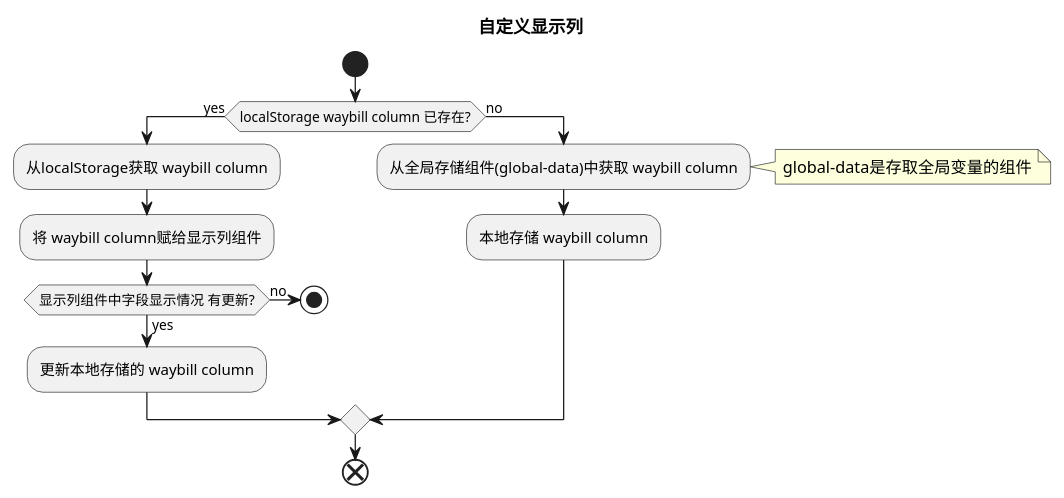
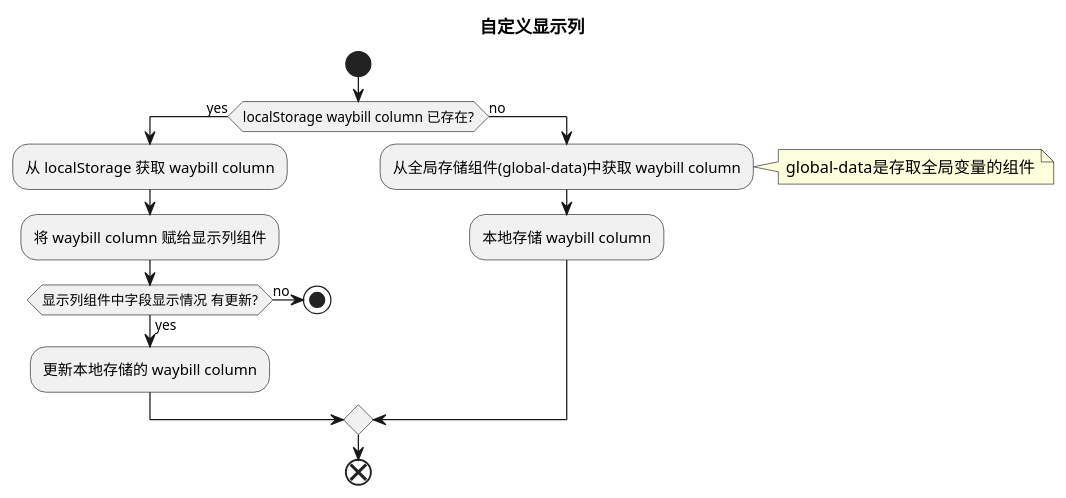
One commit to futurekidult/lis changed the third of 4 diagrams in docs/development-flow-diagram.puml/logistics-list/get-list.puml. Above: the diagram before and after it, drawn with PlantUML. The commit also changed other lines of this file and 11 other files, not shown here.

```diff
--- a/docs/development-flow-diagram.puml/logistics-list/get-list.puml
+++ b/docs/development-flow-diagram.puml/logistics-list/get-list.puml
@@ -134,22 +173,22 @@
 @startuml
 title 自定义显示列
 
 start
 if(localStorage waybill column 已存在?) then (yes)
-  :从localStorage获取 waybill column;
-  :将 waybill column赋给显示列组件;
+  :从 localStorage 获取 waybill column;
+  :将 waybill column 赋给显示列组件;
   if(显示列组件中字段显示情况 有更新?) then (yes)
     :更新本地存储的 waybill column;
   else (no)
     stop
   endif
 else (no)
   :从全局存储组件(global-data)中获取 waybill column;
   note right 
       global-data是存取全局变量的组件
   end note
   :本地存储 waybill column;
 endif
 end
 
 @enduml
```
